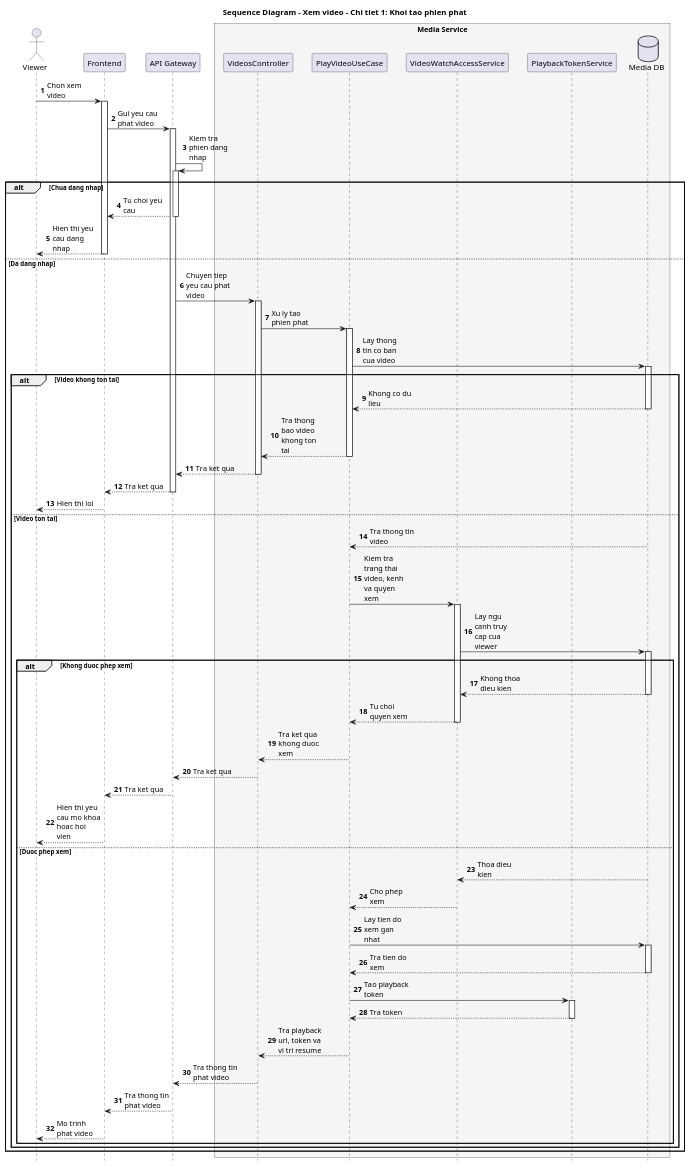
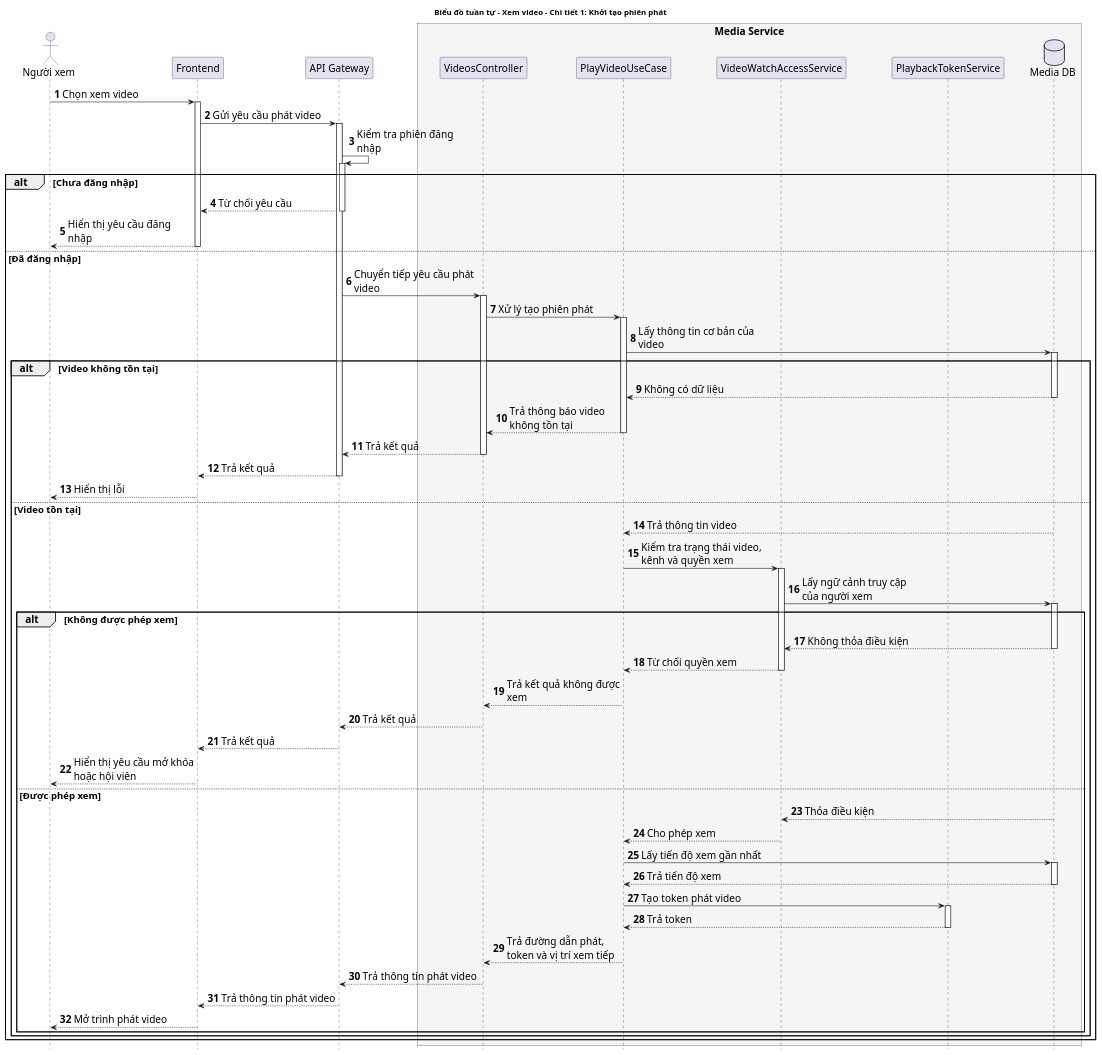
Before and after one commit to nanhph04/media-serivce-da: the diagram in docs/sequence-diagrams/watch-video/watch-video-detail-01-playback-session.puml, drawn with PlantUML. The commit also changed 36 other files, not shown here.

First line of the commit message:
Refactor and enhance activity and sequence diagrams for video management and admin channel locking

```diff
--- a/docs/sequence-diagrams/watch-video/watch-video-detail-01-playback-session.puml
+++ b/docs/sequence-diagrams/watch-video/watch-video-detail-01-playback-session.puml
@@ -1,68 +1,76 @@
 @startuml
-title Sequence Diagram - Xem video - Chi tiet 1: Khoi tao phien phat
+title Biểu đồ tuần tự - Xem video - Chi tiết 1: Khởi tạo phiên phát
 autonumber
 autoactivate on
 hide footbox
 
-skinparam maxMessageSize 80
-skinparam ParticipantPadding 12
+skinparam maxMessageSize 220
+skinparam ParticipantPadding 36
+skinparam defaultFontSize 18
+skinparam sequence {
+  ActorFontSize 18
+  ParticipantFontSize 18
+  MessageFontSize 17
+  GroupFontSize 17
+  ReferenceFontSize 17
+}
 skinparam BoxPadding 8
 
-actor "Viewer" as Viewer
+actor "Người xem" as Viewer
 participant "Frontend" as FE
 participant "API Gateway" as GW
 
 box "Media Service" #F5F5F5
   participant "VideosController" as VC
   participant "PlayVideoUseCase" as PlayUC
   participant "VideoWatchAccessService" as Access
   participant "PlaybackTokenService" as Token
   database "Media DB" as DB
 end box
 
-Viewer -> FE: Chon xem video
-FE -> GW: Gui yeu cau phat video
-GW -> GW: Kiem tra phien dang nhap
+Viewer -> FE: Chọn xem video
+FE -> GW: Gửi yêu cầu phát video
+GW -> GW: Kiểm tra phiên đăng nhập
 
-alt Chua dang nhap
-  GW --> FE: Tu choi yeu cau
-  FE --> Viewer: Hien thi yeu cau dang nhap
-else Da dang nhap
-  GW -> VC: Chuyen tiep yeu cau phat video
-  VC -> PlayUC: Xu ly tao phien phat
-  PlayUC -> DB: Lay thong tin co ban cua video
+alt Chưa đăng nhập
+  GW --> FE: Từ chối yêu cầu
+  FE --> Viewer: Hiển thị yêu cầu đăng nhập
+else Đã đăng nhập
+  GW -> VC: Chuyển tiếp yêu cầu phát video
+  VC -> PlayUC: Xử lý tạo phiên phát
+  PlayUC -> DB: Lấy thông tin cơ bản của video
 
-  alt Video khong ton tai
-    DB --> PlayUC: Khong co du lieu
-    PlayUC --> VC: Tra thong bao video khong ton tai
-    VC --> GW: Tra ket qua
-    GW --> FE: Tra ket qua
-    FE --> Viewer: Hien thi loi
-  else Video ton tai
-    DB --> PlayUC: Tra thong tin video
-    PlayUC -> Access: Kiem tra trang thai video, kenh va quyen xem
-    Access -> DB: Lay ngu canh truy cap cua viewer
+  alt Video không tồn tại
+    DB --> PlayUC: Không có dữ liệu
+    PlayUC --> VC: Trả thông báo video không tồn tại
+    VC --> GW: Trả kết quả
+    GW --> FE: Trả kết quả
+    FE --> Viewer: Hiển thị lỗi
+  else Video tồn tại
+    DB --> PlayUC: Trả thông tin video
+    PlayUC -> Access: Kiểm tra trạng thái video, kênh và quyền xem
+    Access -> DB: Lấy ngữ cảnh truy cập của người xem
 
-    alt Khong duoc phep xem
-      DB --> Access: Khong thoa dieu kien
-      Access --> PlayUC: Tu choi quyen xem
-      PlayUC --> VC: Tra ket qua khong duoc xem
-      VC --> GW: Tra ket qua
-      GW --> FE: Tra ket qua
-      FE --> Viewer: Hien thi yeu cau mo khoa hoac hoi vien
-    else Duoc phep xem
-      DB --> Access: Thoa dieu kien
-      Access --> PlayUC: Cho phep xem
-      PlayUC -> DB: Lay tien do xem gan nhat
-      DB --> PlayUC: Tra tien do xem
-      PlayUC -> Token: Tao playback token
-      Token --> PlayUC: Tra token
-      PlayUC --> VC: Tra playback url, token va vi tri resume
-      VC --> GW: Tra thong tin phat video
-      GW --> FE: Tra thong tin phat video
-      FE --> Viewer: Mo trinh phat video
+    alt Không được phép xem
+      DB --> Access: Không thỏa điều kiện
+      Access --> PlayUC: Từ chối quyền xem
+      PlayUC --> VC: Trả kết quả không được xem
+      VC --> GW: Trả kết quả
+      GW --> FE: Trả kết quả
+      FE --> Viewer: Hiển thị yêu cầu mở khóa hoặc hội viên
+    else Được phép xem
+      DB --> Access: Thỏa điều kiện
+      Access --> PlayUC: Cho phép xem
+      PlayUC -> DB: Lấy tiến độ xem gần nhất
+      DB --> PlayUC: Trả tiến độ xem
+      PlayUC -> Token: Tạo token phát video
+      Token --> PlayUC: Trả token
+      PlayUC --> VC: Trả đường dẫn phát, token và vị trí xem tiếp
+      VC --> GW: Trả thông tin phát video
+      GW --> FE: Trả thông tin phát video
+      FE --> Viewer: Mở trình phát video
     end
   end
 end
 
 @enduml
```
